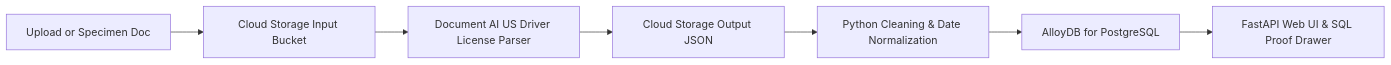
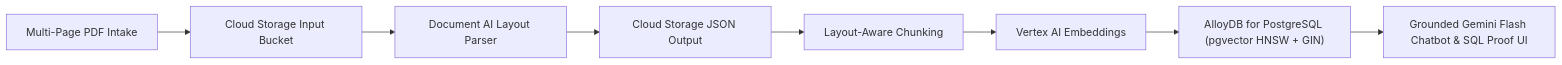
Before and after one commit to fathiajama-oss/docai-alloydb-blueprint: the diagram in README.md, drawn with Mermaid. The commit also changed other lines of this file and 31 other files, not shown here.

Commit message:
Upgrade to v2: Multi-page PDF Layout Parser, AlloyDB pgvector hybrid search & grounded Gemini chatbot

````diff
--- a/README.md
+++ b/README.md
@@ -21,9 +21,10 @@
 ```mermaid
 flowchart LR
-    Intake["Upload or Specimen Doc"] --> GCSIn["Cloud Storage Input Bucket"]
-    GCSIn --> DocAI["Document AI US Driver License Parser"]
-    DocAI --> GCSOut["Cloud Storage Output JSON"]
-    GCSOut --> Clean["Python Cleaning & Date Normalization"]
-    Clean --> AlloyDB["AlloyDB for PostgreSQL"]
-    AlloyDB --> UI["FastAPI Web UI & SQL Proof Drawer"]
+    Intake["Multi-Page PDF Intake"] --> GCSIn["Cloud Storage Input Bucket"]
+    GCSIn --> DocAI["Document AI Layout Parser"]
+    DocAI --> GCSOut["Cloud Storage JSON Output"]
+    GCSOut --> Chunk["Layout-Aware Chunking"]
+    Chunk --> Embed["Vertex AI Embeddings"]
+    Embed --> AlloyDB["AlloyDB for PostgreSQL (pgvector HNSW + GIN)"]
+    AlloyDB --> Chat["Grounded Gemini Flash Chatbot & SQL Proof UI"]
 ```
````
